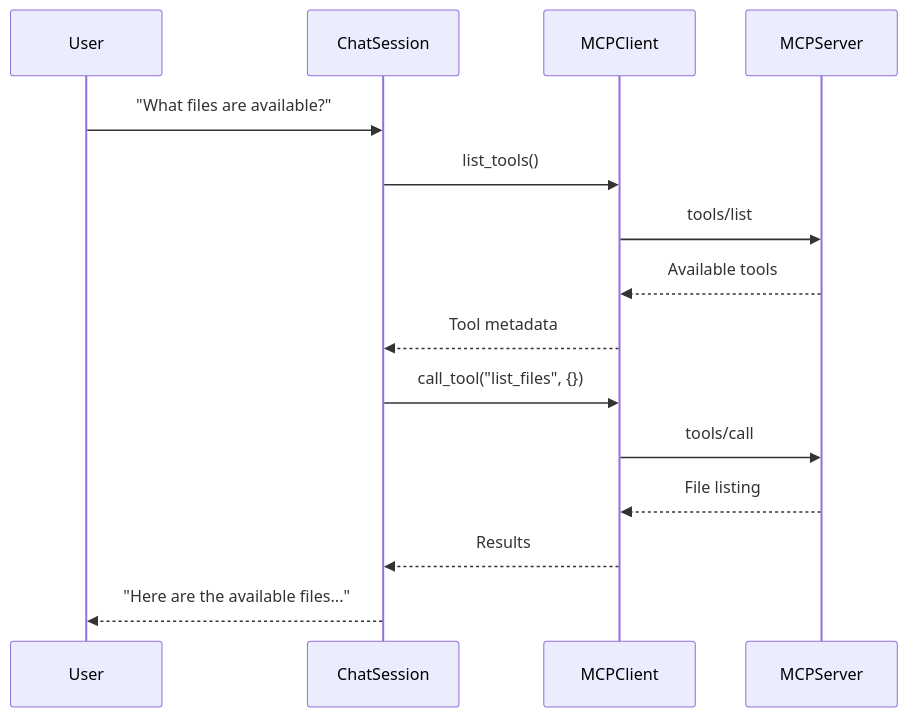
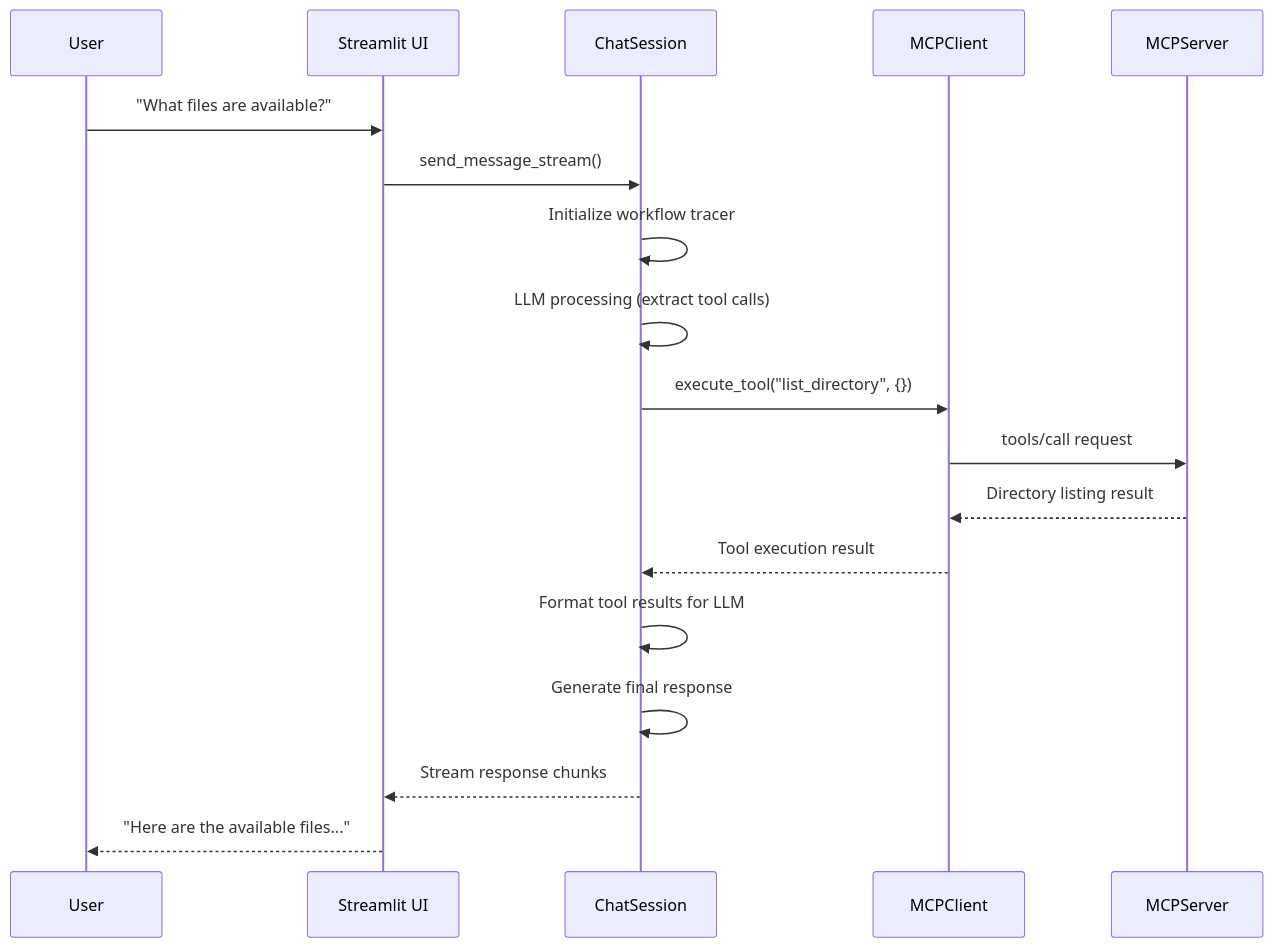
Before and after one commit to adamsiemaszkiewicz/ubs-mcp-poc: the fourth of 4 diagrams in README.md, drawn with Mermaid. The commit also changed other lines of this file, not shown here.

````diff
--- a/README.md
+++ b/README.md
@@ -694,18 +738,23 @@
 ```mermaid
 sequenceDiagram
     participant User
+    participant UI as Streamlit UI
     participant ChatSession
     participant MCPClient
     participant MCPServer
 
-    User->>ChatSession: "What files are available?"
-    ChatSession->>MCPClient: list_tools()
-    MCPClient->>MCPServer: tools/list
-    MCPServer-->>MCPClient: Available tools
-    MCPClient-->>ChatSession: Tool metadata
-    ChatSession->>MCPClient: call_tool("list_files", {})
-    MCPClient->>MCPServer: tools/call
-    MCPServer-->>MCPClient: File listing
-    MCPClient-->>ChatSession: Results
-    ChatSession-->>User: "Here are the available files..."
+    User->>UI: "What files are available?"
+    UI->>ChatSession: send_message_stream()
+    ChatSession->>ChatSession: Initialize workflow tracer
+    ChatSession->>ChatSession: LLM processing (extract tool calls)
+    
+    ChatSession->>MCPClient: execute_tool("list_directory", {})
+    MCPClient->>MCPServer: tools/call request
+    MCPServer-->>MCPClient: Directory listing result
+    MCPClient-->>ChatSession: Tool execution result
+    
+    ChatSession->>ChatSession: Format tool results for LLM
+    ChatSession->>ChatSession: Generate final response
+    ChatSession-->>UI: Stream response chunks
+    UI-->>User: "Here are the available files..."
 ```
````
